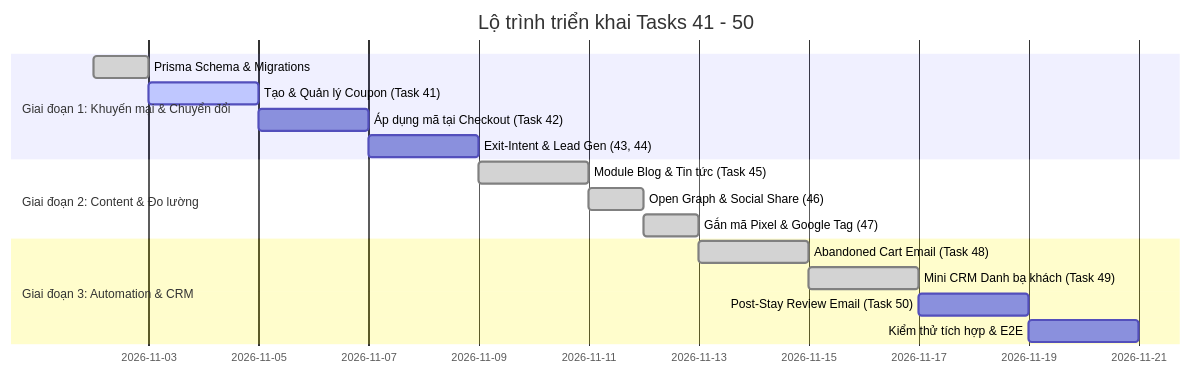
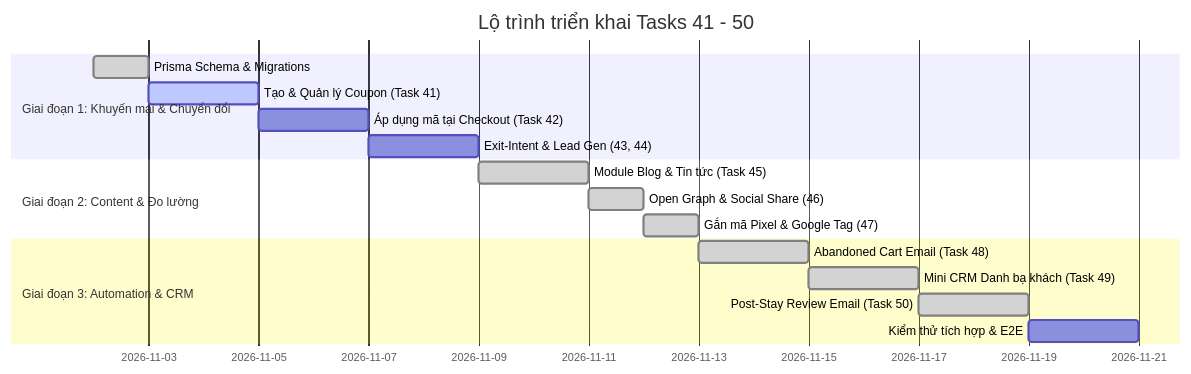
The second of 2 diagrams in docs/PLAN-TASKS-41-50.md (vogiahuy2506-lang/Digistay), drawn with Mermaid before and after one commit. The commit also changed 18 other files, not shown here.

Commit message:
feat(marketing): implement task 50 post stay review email and public feedback page

````diff
--- a/docs/PLAN-TASKS-41-50.md
+++ b/docs/PLAN-TASKS-41-50.md
@@ -345,19 +345,19 @@
 ```mermaid
 gantt
     title Lộ trình triển khai Tasks 41 - 50
     dateFormat  YYYY-MM-DD
     section Giai đoạn 1: Khuyến mại & Chuyển đổi
     Prisma Schema & Migrations       :done,    p1_1, 2026-11-02, 1d
     Tạo & Quản lý Coupon (Task 41)    :active,  p1_2, after p1_1, 2d
     Áp dụng mã tại Checkout (Task 42) :         p1_3, after p1_2, 2d
     Exit-Intent & Lead Gen (43, 44)   :         p1_4, after p1_3, 2d
     section Giai đoạn 2: Content & Đo lường
     Module Blog & Tin tức (Task 45)   :done,    p2_1, after p1_4, 2d
     Open Graph & Social Share (46)    :done,    p2_2, after p2_1, 1d
     Gắn mã Pixel & Google Tag (47)    :done,    p2_3, after p2_2, 1d
     section Giai đoạn 3: Automation & CRM
     Abandoned Cart Email (Task 48)    :done,    p3_1, after p2_3, 2d
     Mini CRM Danh bạ khách (Task 49)  :done,    p3_2, after p3_1, 2d
-    Post-Stay Review Email (Task 50)  :         p3_3, after p3_2, 2d
+    Post-Stay Review Email (Task 50)  :done,    p3_3, after p3_2, 2d
     Kiểm thử tích hợp & E2E           :         p3_4, after p3_3, 2d
 ```
````
